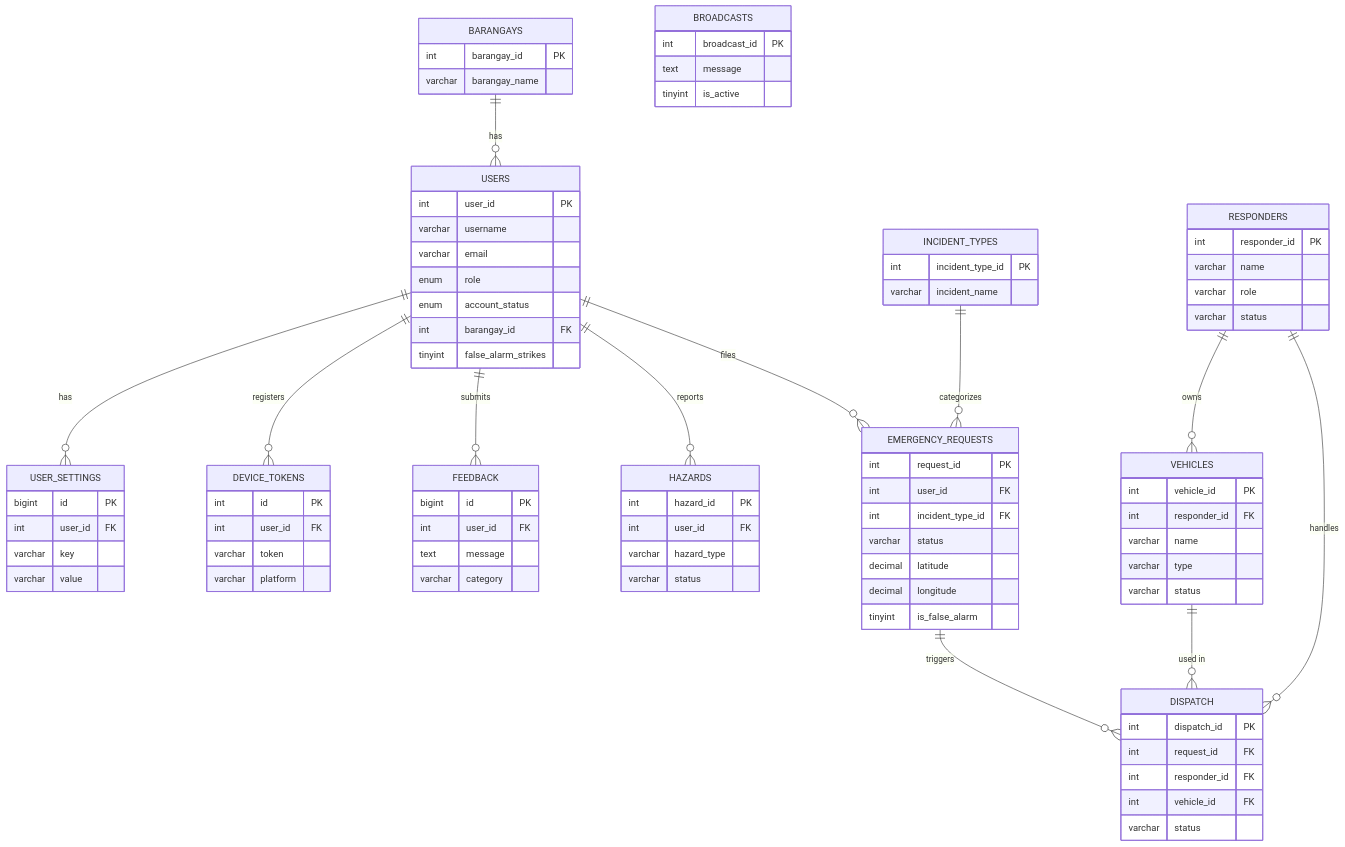
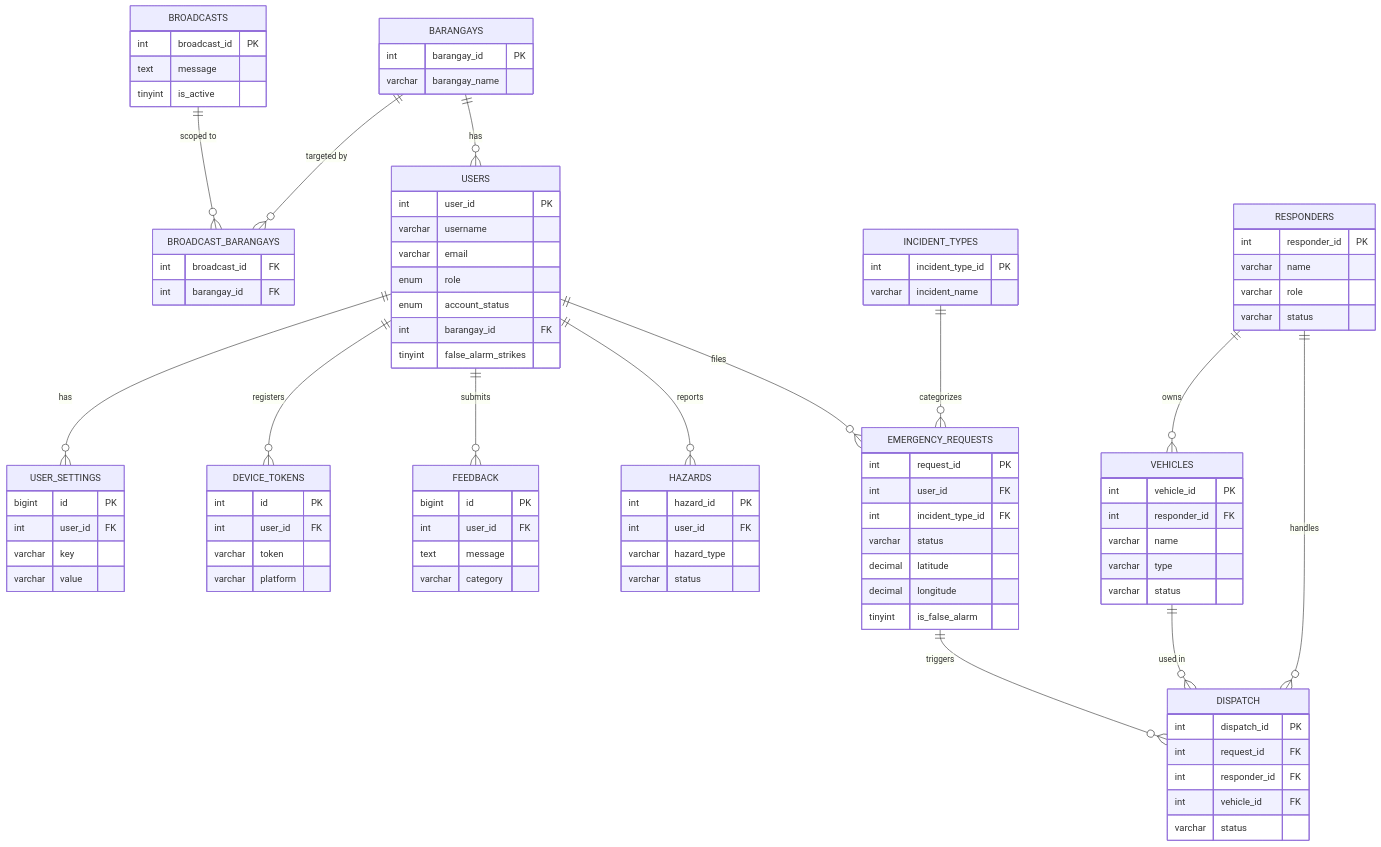
Before and after one commit to ejhay26/Location-based-Emergency-Response-App-for-SINE-MDRRMO: the diagram in docs/architecture/database-schema.md, drawn with Mermaid. The commit also changed other lines of this file, not shown here.

Commit message:
feat: update database schema to include broadcast_barangays table and relationships

````diff
--- a/docs/architecture/database-schema.md
+++ b/docs/architecture/database-schema.md
@@ -7,6 +7,8 @@
 ```mermaid
 erDiagram
     BARANGAYS ||--o{ USERS : "has"
+    BARANGAYS ||--o{ BROADCAST_BARANGAYS : "targeted by"
+    BROADCASTS ||--o{ BROADCAST_BARANGAYS : "scoped to"
     USERS ||--o{ EMERGENCY_REQUESTS : "files"
     USERS ||--o{ HAZARDS : "reports"
     USERS ||--o{ FEEDBACK : "submits"
@@ -75,6 +77,10 @@
         text message
         tinyint is_active
     }
+    BROADCAST_BARANGAYS {
+        int broadcast_id FK
+        int barangay_id FK
+    }
     FEEDBACK {
         bigint id PK
         int user_id FK
````
